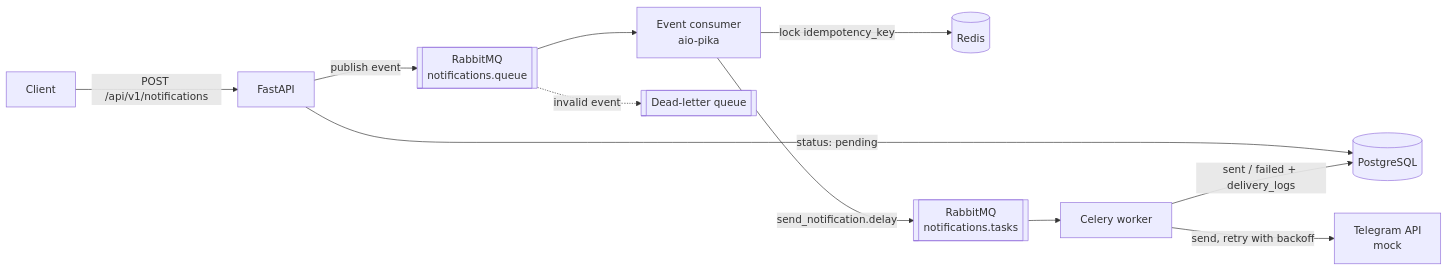
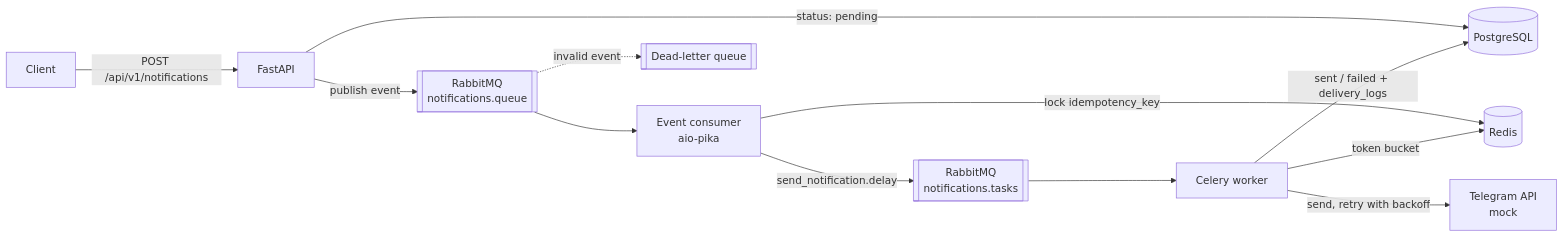
The diagram in README.md (TkachukStanislav/notification-dispatcher), drawn with Mermaid before and after one commit. The commit also changed other lines of this file and 4 other files, not shown here.

````diff
--- a/README.md
+++ b/README.md
@@ -16,13 +17,14 @@
 ```mermaid
 flowchart LR
     C[Client] -->|POST /api/v1/notifications| API[FastAPI]
     API -->|status: pending| DB[(PostgreSQL)]
     API -->|publish event| Q[[RabbitMQ<br/>notifications.queue]]
     Q --> CON[Event consumer<br/>aio-pika]
     Q -.->|invalid event| DLQ[[Dead-letter queue]]
     CON -->|lock idempotency_key| R[(Redis)]
     CON -->|send_notification.delay| TQ[[RabbitMQ<br/>notifications.tasks]]
     TQ --> W[Celery worker]
+    W -->|token bucket| R
     W -->|send, retry with backoff| T[Telegram API<br/>mock]
     W -->|sent / failed + delivery_logs| DB
 ```
````
